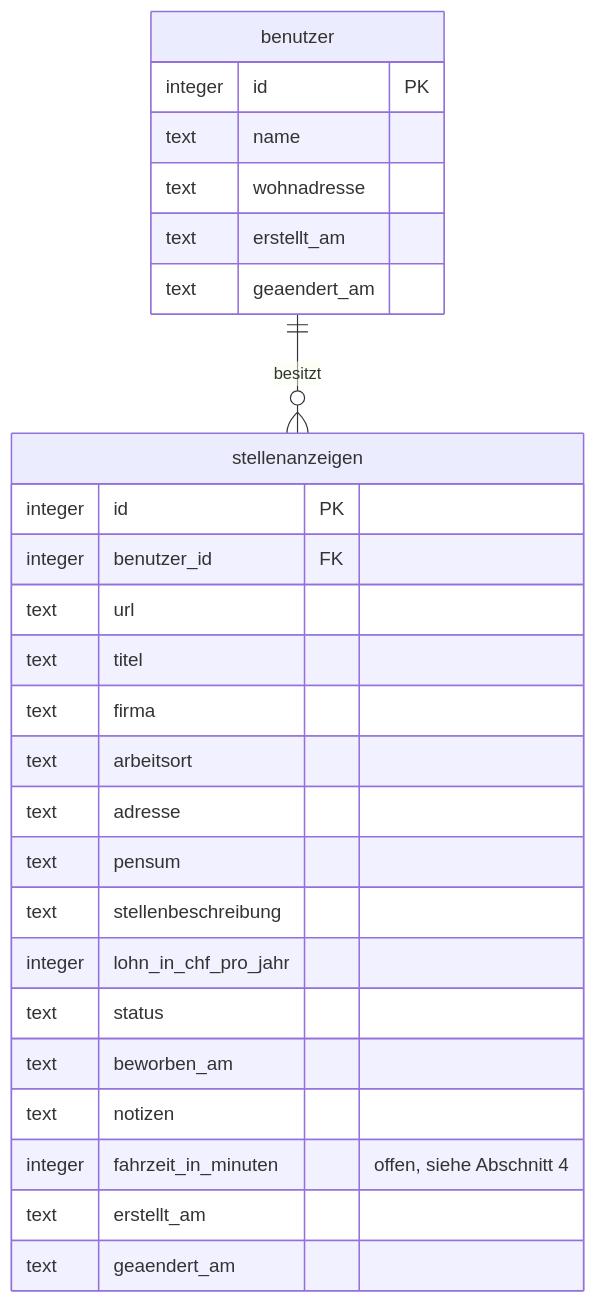
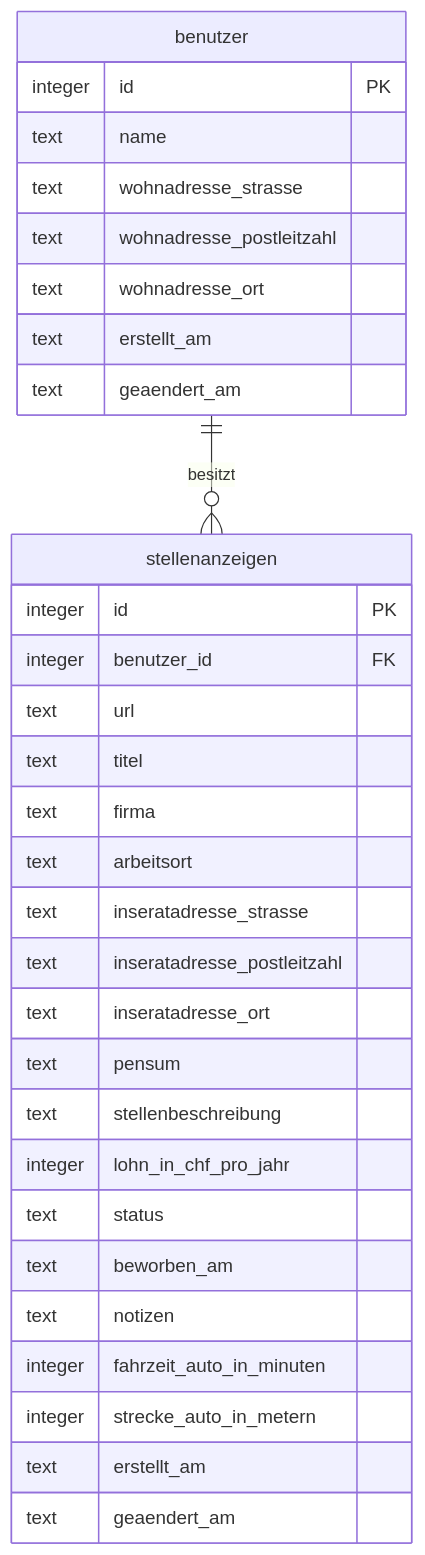
One commit to LinaSophieSchw/JobTracker changed the diagram in docs/datenmodell.md. Above: the diagram before and after it, drawn with Mermaid. The commit also changed other lines of this file and 6 other files, not shown here.

````diff
--- a/docs/datenmodell.md
+++ b/docs/datenmodell.md
@@ -28,29 +28,34 @@
 ```mermaid
 erDiagram
     benutzer ||--o{ stellenanzeigen : besitzt
     benutzer {
         integer id PK
         text name
-        text wohnadresse
+        text wohnadresse_strasse
+        text wohnadresse_postleitzahl
+        text wohnadresse_ort
         text erstellt_am
         text geaendert_am
     }
     stellenanzeigen {
         integer id PK
         integer benutzer_id FK
         text url
         text titel
         text firma
         text arbeitsort
-        text adresse
+        text inseratadresse_strasse
+        text inseratadresse_postleitzahl
+        text inseratadresse_ort
         text pensum
         text stellenbeschreibung
         integer lohn_in_chf_pro_jahr
         text status
         text beworben_am
         text notizen
-        integer fahrzeit_in_minuten "offen, siehe Abschnitt 4"
+        integer fahrzeit_auto_in_minuten
+        integer strecke_auto_in_metern
         text erstellt_am
         text geaendert_am
     }
 ```
````
